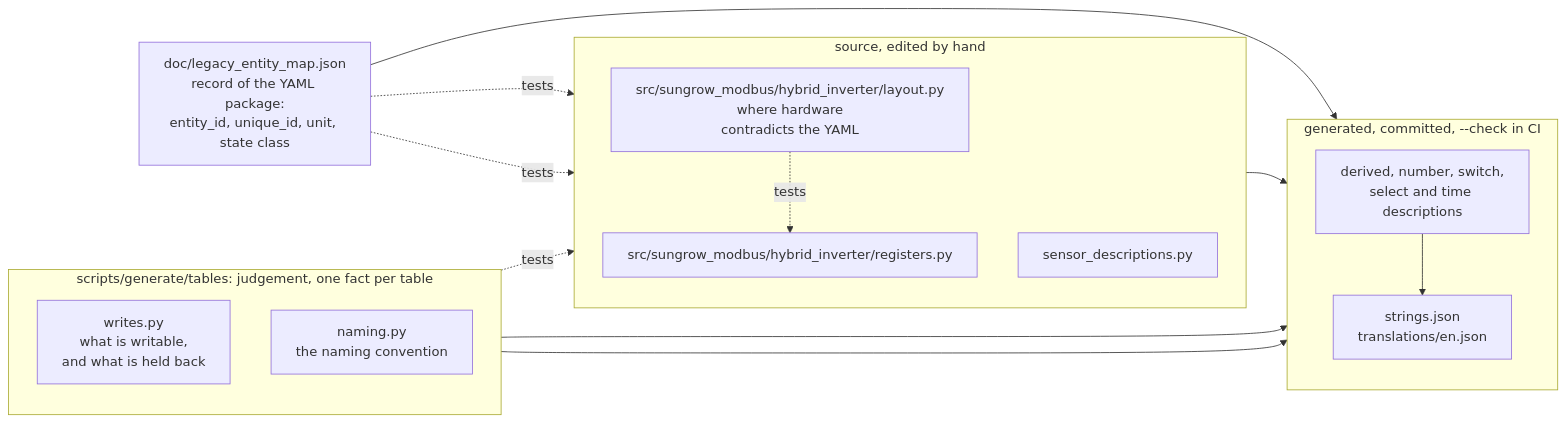
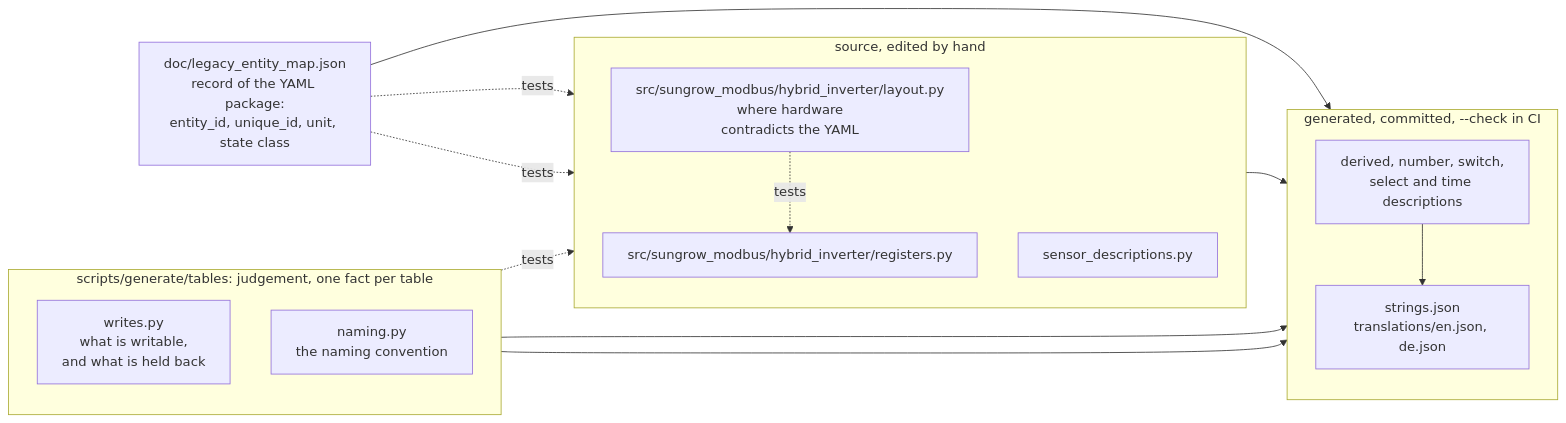
One commit to mkaiser/Sungrow-SHx-Inverter-Modbus-Home-Assistant changed the second of 2 diagrams in doc/architecture.md. Above: the diagram before and after it, drawn with Mermaid. The commit also changed other lines of this file and 15 other files, not shown here.

First line of the commit message:
Ship German: translations/de.json, with entity ids English in every language

````diff
--- a/doc/architecture.md
+++ b/doc/architecture.md
@@ -174,33 +174,33 @@
 ```mermaid
 flowchart LR
     map["doc/legacy_entity_map.json<br/>record of the YAML package:<br/>entity_id, unique_id, unit, state class"]
 
     subgraph tables["scripts/generate/tables: judgement, one fact per table"]
         direction TB
         writes["writes.py<br/>what is writable,<br/>and what is held back"]
         naming["naming.py<br/>the naming convention"]
     end
 
     subgraph source["source, edited by hand"]
         direction TB
         regs["src/sungrow_modbus/hybrid_inverter/registers.py"]
         layout["src/sungrow_modbus/hybrid_inverter/layout.py<br/>where hardware<br/>contradicts the YAML"]
         sensors["sensor_descriptions.py"]
     end
 
     subgraph generated["generated, committed, --check in CI"]
         direction TB
         descs["derived, number, switch,<br/>select and time descriptions"]
-        strings["strings.json<br/>translations/en.json"]
+        strings["strings.json<br/>translations/en.json, de.json"]
     end
 
     map -. "tests" .-> regs
     map -. "tests" .-> sensors
     layout -. "tests" .-> regs
     writes -. "tests" .-> regs
     map --> descs
     writes --> descs
     naming --> strings
     descs --> strings
     sensors --> strings
 ```
````
